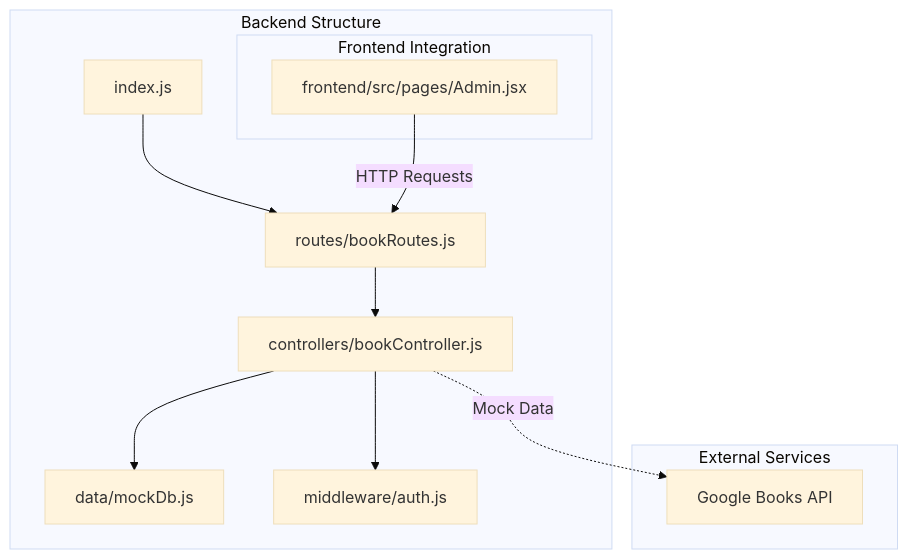
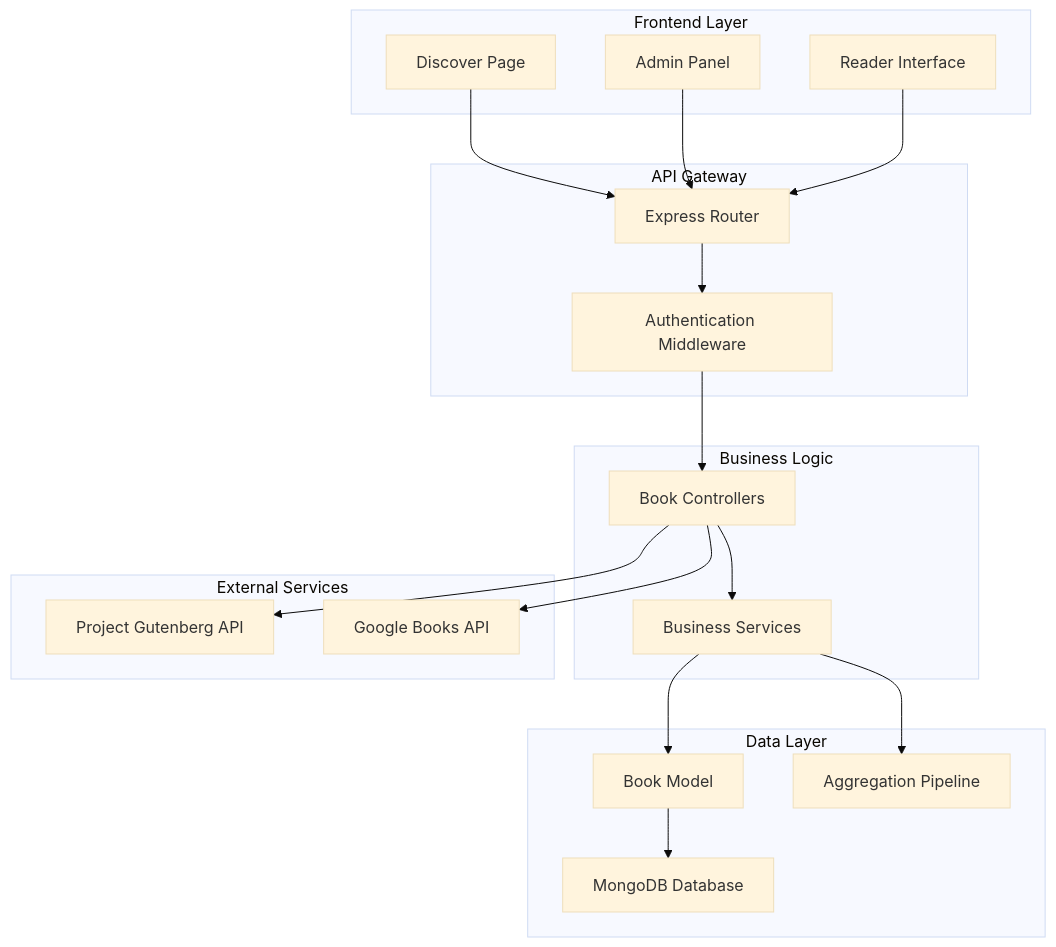
One commit to ganesh-NB/readsphere changed the diagram in .qoder/repowiki/en/content/Backend API Documentation/Book Management API.md. Above: the diagram before and after it, drawn with Mermaid (base theme). The commit also changed other lines of this file and 46 other files, not shown here.

````diff
--- a/.qoder/repowiki/en/content/Backend API Documentation/Book Management API.md
+++ b/.qoder/repowiki/en/content/Backend API Documentation/Book Management API.md
@@ -30,17 +48,36 @@
 ```mermaid
 graph TB
-subgraph "Backend Structure"
-Index[index.js] --> Routes[routes/bookRoutes.js]
-Routes --> Controller[controllers/bookController.js]
-Controller --> MockDB[data/mockDb.js]
-Controller --> Auth[middleware/auth.js]
-subgraph "Frontend Integration"
-Admin[frontend/src/pages/Admin.jsx]
+subgraph "Frontend Layer"
+Discover[Discover Page]
+Admin[Admin Panel]
+Reader[Reader Interface]
 end
+subgraph "API Gateway"
+Router[Express Router]
+Auth[Authentication Middleware]
+end
+subgraph "Business Logic"
+Controllers[Book Controllers]
+Services[Business Services]
+end
+subgraph "Data Layer"
+MongoDB[MongoDB Database]
+Models[Book Model]
+Aggregation[Aggregation Pipeline]
 end
 subgraph "External Services"
+Gutenberg[Project Gutenberg API]
 GoogleBooks[Google Books API]
 end
-Admin --> |HTTP Requests| Routes
-Controller -.->|Mock Data| GoogleBooks
+Discover --> Router
+Admin --> Router
+Reader --> Router
+Router --> Auth
+Auth --> Controllers
+Controllers --> Services
+Services --> Models
+Models --> MongoDB
+Services --> Aggregation
+Controllers --> Gutenberg
+Controllers --> GoogleBooks
 ```
````
